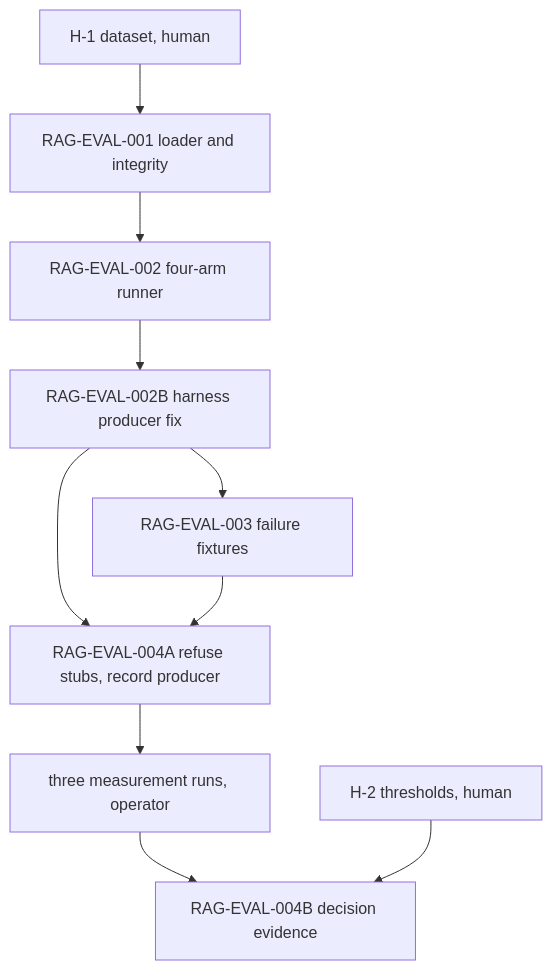
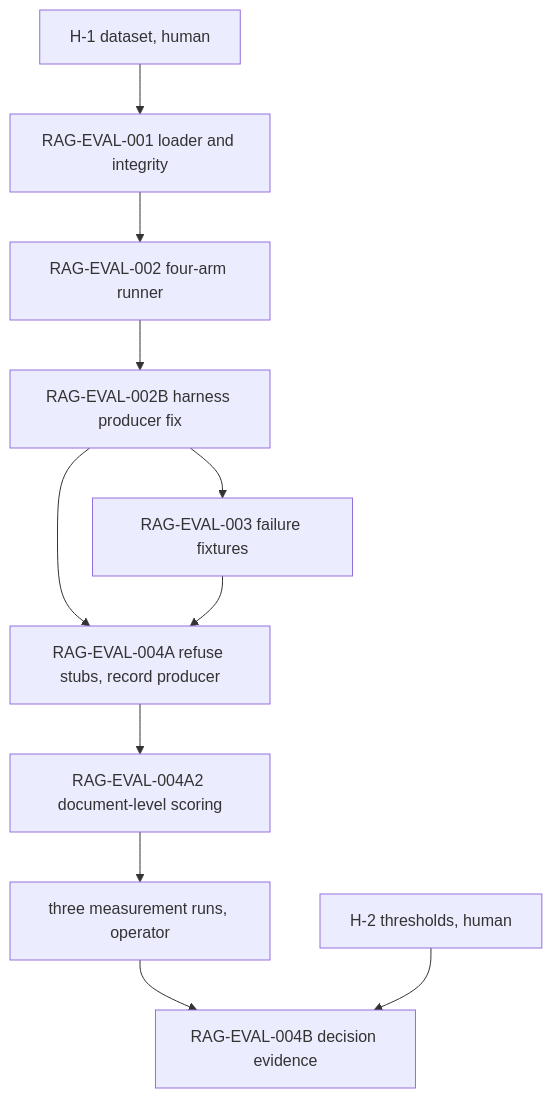
One commit to imhttran/agentic-sop changed the diagram in docs/plans/PLAN-SOP-RAG-Evaluation.md. Above: the diagram before and after it, drawn with Mermaid. The commit also changed other lines of this file, not shown here.

Commit message:
docs: add RAG-EVAL-004A2 document-level scoring

````diff
--- a/docs/plans/PLAN-SOP-RAG-Evaluation.md
+++ b/docs/plans/PLAN-SOP-RAG-Evaluation.md
@@ -397,21 +441,22 @@
 ```mermaid
 graph TD
     H1[H-1 dataset, human]
     H2[H-2 thresholds, human]
     E1[RAG-EVAL-001 loader and integrity]
     E2[RAG-EVAL-002 four-arm runner]
     E2B[RAG-EVAL-002B harness producer fix]
     E3[RAG-EVAL-003 failure fixtures]
     E4A[RAG-EVAL-004A refuse stubs, record producer]
     R[three measurement runs, operator]
     E4B[RAG-EVAL-004B decision evidence]
     H1 --> E1
     E1 --> E2
     E2 --> E2B
     E2B --> E3
     E2B --> E4A
     E3 --> E4A
-    E4A --> R
+    E4A --> E4A2[RAG-EVAL-004A2 document-level scoring]
+    E4A2 --> R
     R --> E4B
     H2 --> E4B
 ```
````
